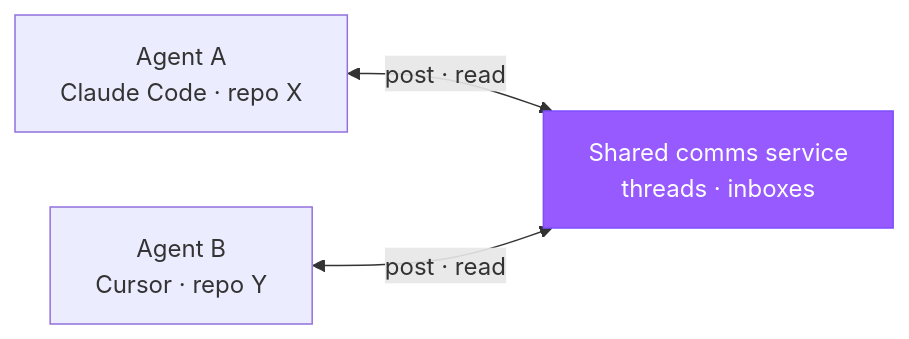
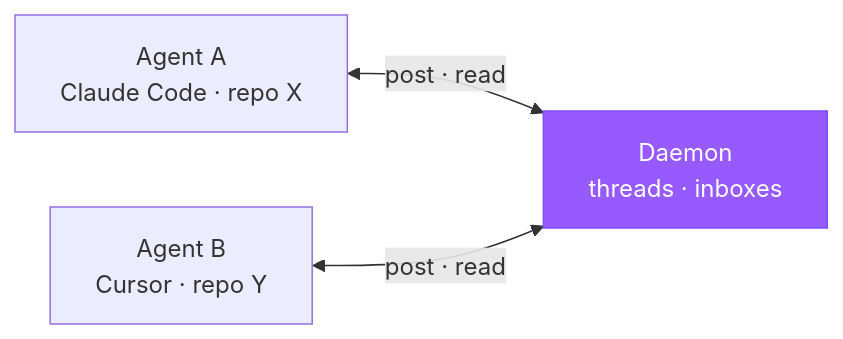
The second of 2 diagrams in README.md (Goldziher/basemind), drawn with Mermaid before and after one commit. The commit also changed other lines of this file, not shown here.

````diff
--- a/README.md
+++ b/README.md
@@ -633,10 +251,10 @@
 ```mermaid
 flowchart LR
   A["Agent A<br/>Claude Code · repo X"]
   B["Agent B<br/>Cursor · repo Y"]
-  BR["Shared comms service<br/>threads · inboxes"]
+  BR["Daemon<br/>threads · inboxes"]
   A <-->|post · read| BR
   B <-->|post · read| BR
   classDef accent fill:#965aff,stroke:#7d4dff,color:#fff
   class BR accent
 ```
````
